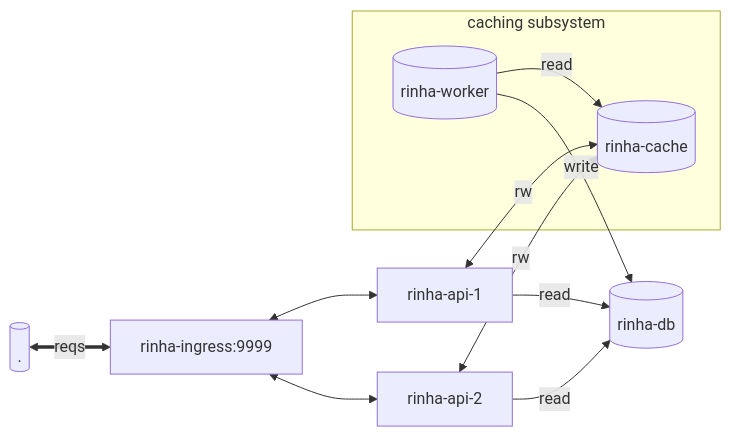
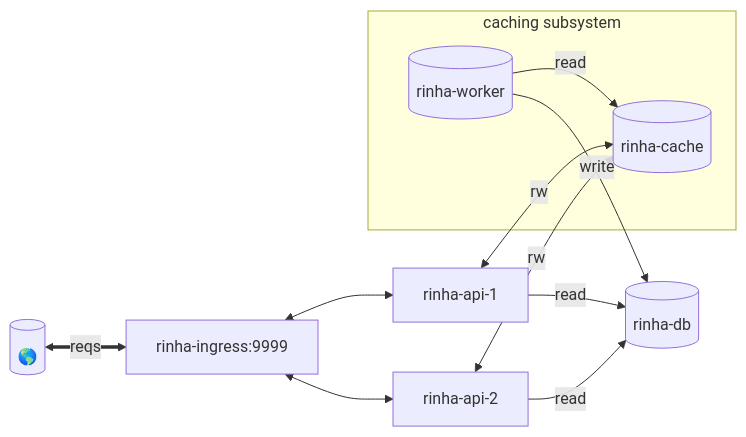
Before and after one commit to flipbit03/rinha-de-backend-2024-q1-cadu: the diagram in README.md, drawn with Mermaid.

````diff
--- a/README.md
+++ b/README.md
@@ -10,16 +10,16 @@
 ```mermaid
 flowchart LR
-  OUTSIDE[(.)] <==>|reqs| NGINX[rinha-ingress:9999]
+  OUTSIDE[(🌎)] <==>|reqs| NGINX[rinha-ingress:9999]
   subgraph caching subsystem
     CACHE[(rinha-cache)]
     WORKER[(rinha-worker)]
   end
   NGINX <--> API1[rinha-api-1]
   NGINX <--> API2[rinha-api-2]
   API1 <--> |rw| CACHE[(rinha-cache)]
   API2 <--> |rw| CACHE[(rinha-cache)]
   WORKER --> |read| CACHE[(rinha-cache)] 
   WORKER --> |write| DB[(rinha-db)]
   API1 --> |read| DB[(rinha-db)]
   API2 --> |read| DB[(rinha-db)]
 ```
````
